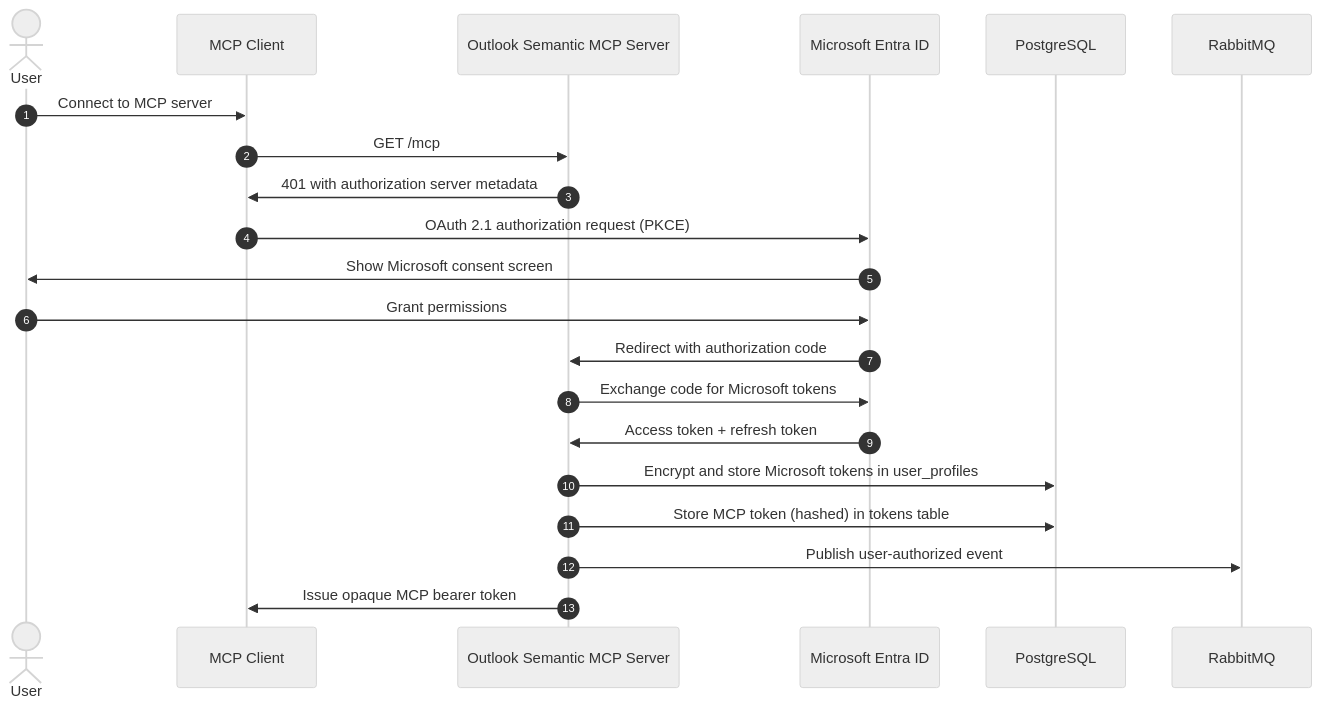
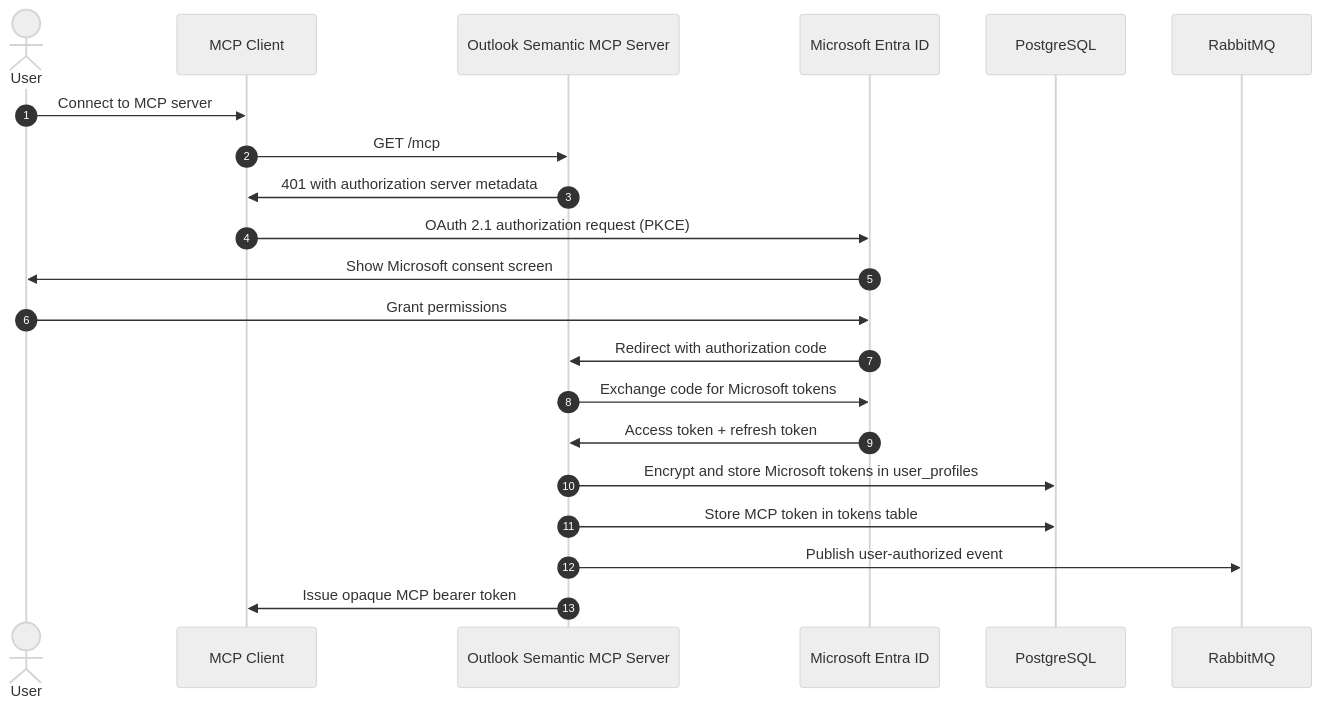
One commit to Unique-AG/connectors changed the first of 5 diagrams in services/outlook-semantic-mcp/docs/technical/flows.md. Above: the diagram before and after it, drawn with Mermaid. The commit also changed other lines of this file and 13 other files, not shown here.

````diff
--- a/services/outlook-semantic-mcp/docs/technical/flows.md
+++ b/services/outlook-semantic-mcp/docs/technical/flows.md
@@ -12,25 +12,25 @@
 ```mermaid
 %%{init: {'theme': 'neutral', 'themeVariables': { 'fontSize': '14px' }}}%%
 sequenceDiagram
     autonumber
     actor User
     participant MCPClient as MCP Client
     participant OutlookMCP as Outlook Semantic MCP Server
     participant EntraID as Microsoft Entra ID
     participant DB as PostgreSQL
     participant AMQP as RabbitMQ
 
     User->>MCPClient: Connect to MCP server
     MCPClient->>OutlookMCP: GET /mcp
     OutlookMCP->>MCPClient: 401 with authorization server metadata
     MCPClient->>EntraID: OAuth 2.1 authorization request (PKCE)
     EntraID->>User: Show Microsoft consent screen
     User->>EntraID: Grant permissions
     EntraID->>OutlookMCP: Redirect with authorization code
     OutlookMCP->>EntraID: Exchange code for Microsoft tokens
     EntraID->>OutlookMCP: Access token + refresh token
     OutlookMCP->>DB: Encrypt and store Microsoft tokens in user_profiles
-    OutlookMCP->>DB: Store MCP token (hashed) in tokens table
+    OutlookMCP->>DB: Store MCP token in tokens table
     OutlookMCP->>AMQP: Publish user-authorized event
     OutlookMCP->>MCPClient: Issue opaque MCP bearer token
 ```
````
